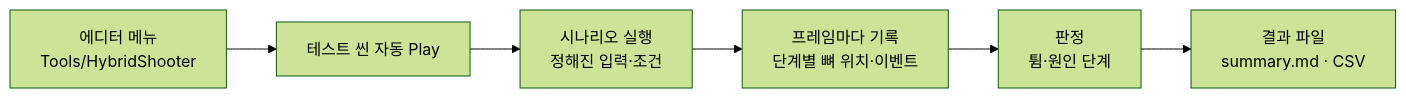
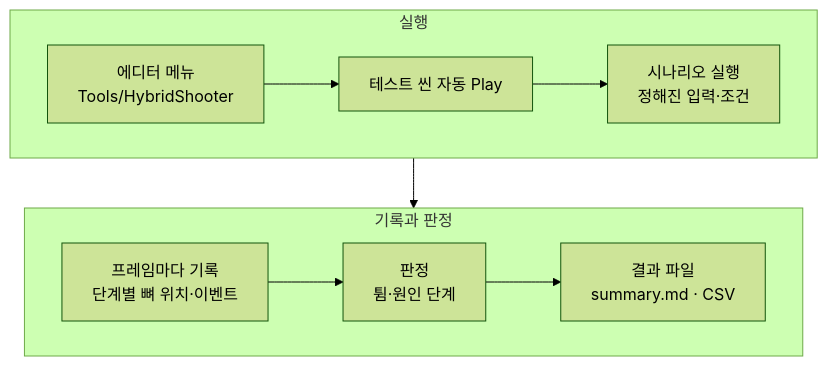
The second of 3 diagrams in src/3-hive-purge/기술문서.md (krr6606/krr6606.github.io), drawn with Mermaid (forest theme) before and after one commit. The commit also changed other lines of this file and 14 other files, not shown here.

````diff
--- a/src/3-hive-purge/기술문서.md
+++ b/src/3-hive-purge/기술문서.md
@@ -66,8 +68,12 @@
 ```mermaid
-flowchart LR
-    M["에디터 메뉴<br/>Tools/HybridShooter"] --> S["테스트 씬 자동 Play"]
-    S --> R["시나리오 실행<br/>정해진 입력·조건"]
-    R --> P["프레임마다 기록<br/>단계별 뼈 위치·이벤트"]
-    P --> A["판정<br/>튐·원인 단계"]
-    A --> O["결과 파일<br/>summary.md · CSV"]
+flowchart TB
+    subgraph U1["실행"]
+        direction LR
+        M["에디터 메뉴<br/>Tools/HybridShooter"] --> S["테스트 씬 자동 Play"] --> R["시나리오 실행<br/>정해진 입력·조건"]
+    end
+    subgraph U2["기록과 판정"]
+        direction LR
+        P["프레임마다 기록<br/>단계별 뼈 위치·이벤트"] --> A["판정<br/>튐·원인 단계"] --> O["결과 파일<br/>summary.md · CSV"]
+    end
+    U1 --> U2
 ```
````
